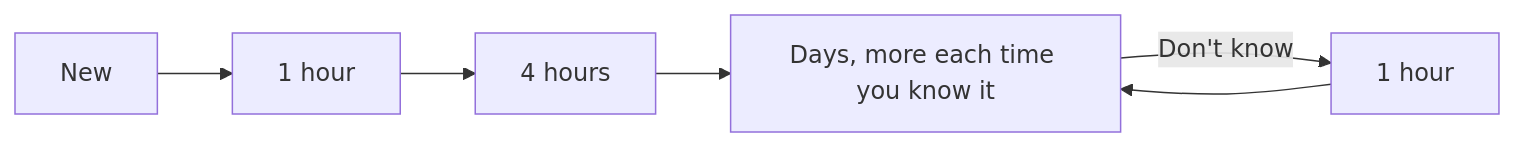
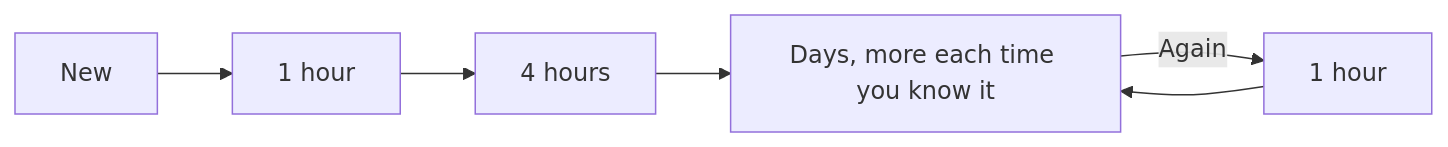
One commit to lucastkacz/ficha changed the first of 2 diagrams in README.md. Above: the diagram before and after it, drawn with Mermaid. The commit also changed other lines of this file and 16 other files, not shown here.

````diff
--- a/README.md
+++ b/README.md
@@ -46,5 +46,5 @@
 ```mermaid
 flowchart LR
     new["New"] --> l1["1 hour"] --> l2["4 hours"] --> g["Days, more each time you know it"]
-    g -- "Don't know" --> r["1 hour"] --> g
+    g -- "Again" --> r["1 hour"] --> g
 ```
````
